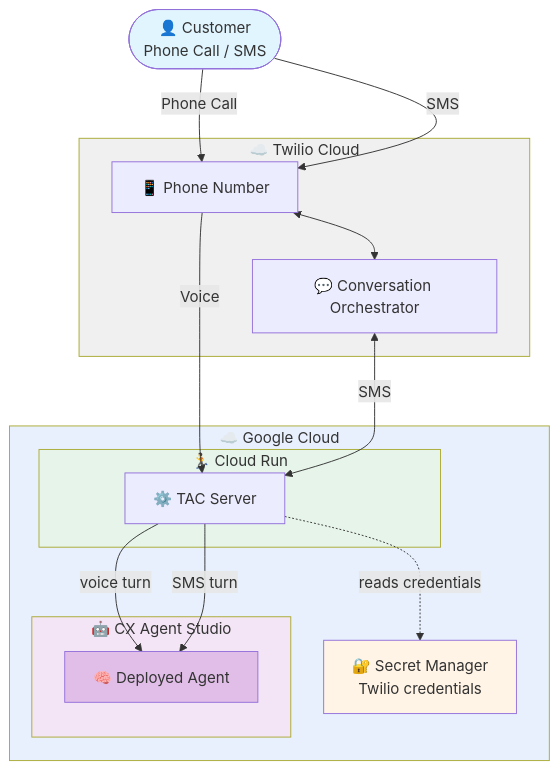
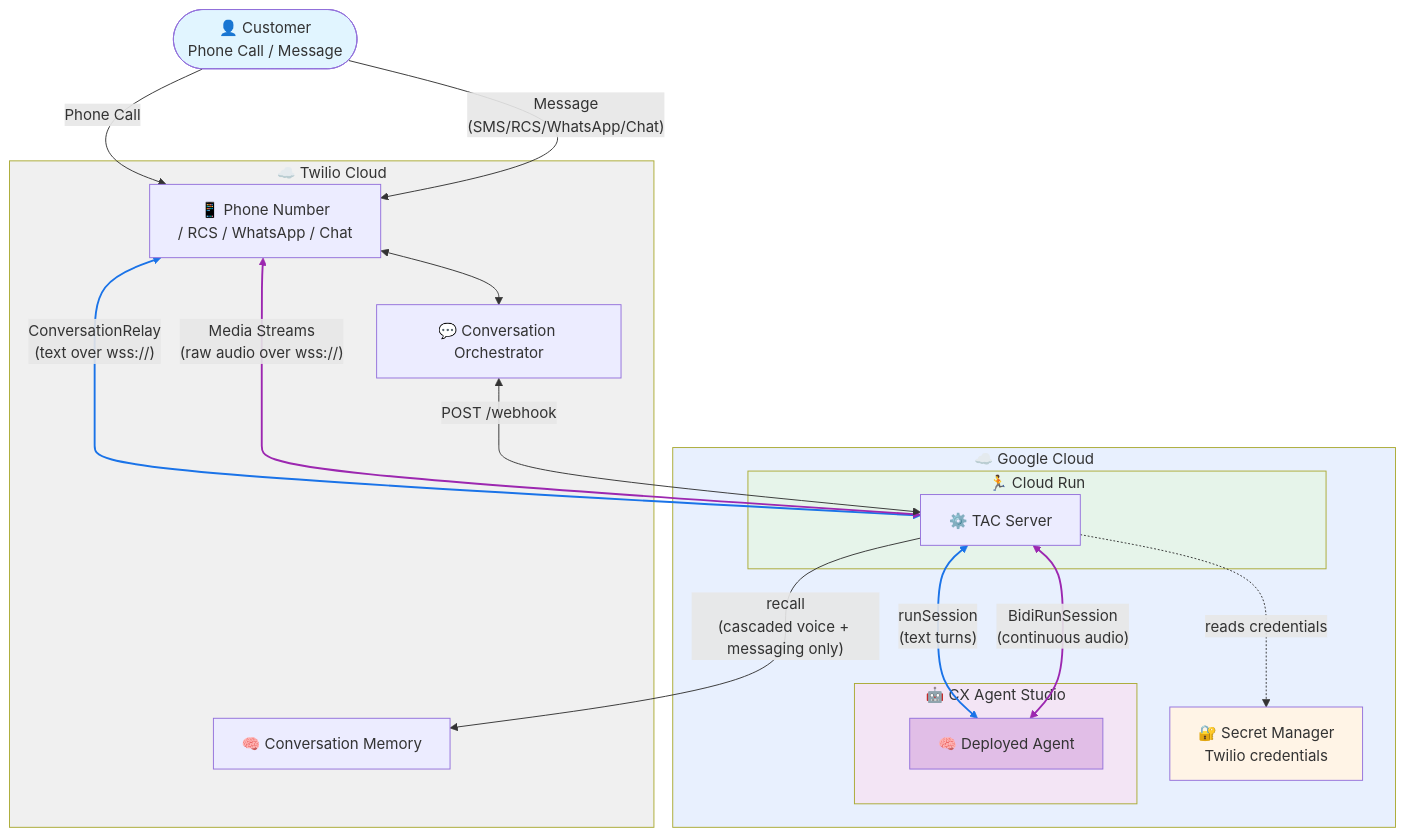
The diagram in deploy/cx_agent_studio/README.md (twilio/twilio-agent-connect-google), drawn with Mermaid before and after one commit. The commit also changed other lines of this file and 16 other files, not shown here.

First line of the commit message:
Expand CX Agent Studio deploy guide; register all messaging channels (#26)

````diff
--- a/deploy/cx_agent_studio/README.md
+++ b/deploy/cx_agent_studio/README.md
@@ -22,39 +35,51 @@
 ```mermaid
 graph TB
-    Customer([👤 Customer<br/>Phone Call / SMS])
+    Customer([👤 Customer<br/>Phone Call / Message])
 
     subgraph Twilio["☁️ Twilio Cloud"]
-        Phone[📱 Phone Number]
+        Phone[📱 Phone Number<br/>/ RCS / WhatsApp / Chat]
         Orchestrator[💬 Conversation Orchestrator]
+        Memory[🧠 Conversation Memory]
     end
 
     subgraph GCP["☁️ Google Cloud"]
         subgraph CloudRun["🏃 Cloud Run"]
             Server[⚙️ TAC Server]
         end
 
         subgraph CES["🤖 CX Agent Studio"]
             Agent[🧠 Deployed Agent]
         end
 
         Secret[🔐 Secret Manager<br/>Twilio credentials]
     end
 
     Customer -->|Phone Call| Phone
-    Customer -->|SMS| Phone
-    Phone -->|Voice| Server
+    Customer -->|"Message<br/>(SMS/RCS/WhatsApp/Chat)"| Phone
+
+    %% Voice, cascaded (default): Twilio does the STT/TTS, text on the wire
+    Phone <-->|"ConversationRelay<br/>(text over wss://)"| Server
+    Server <-->|"runSession<br/>(text turns)"| Agent
+
+    %% Voice, speech-to-speech: raw audio on the wire, CX Agent Studio does the STT/TTS
+    Phone <-->|"Media Streams<br/>(raw audio over wss://)"| Server
+    Server <-->|"BidiRunSession<br/>(continuous audio)"| Agent
+
+    %% Messaging, same in both approaches
     Phone <--> Orchestrator
-    Orchestrator <-->|SMS| Server
-    Server -->|voice turn| Agent
-    Server -->|SMS turn| Agent
+    Orchestrator <-->|"POST /webhook"| Server
+    Server -->|"recall<br/>(cascaded voice + messaging only)"| Memory
 
     Server -.->|reads credentials| Secret
+
+    linkStyle 2,3 stroke:#1a73e8,stroke-width:2px
+    linkStyle 4,5 stroke:#9c27b0,stroke-width:2px
 
     style Customer fill:#e1f5ff
     style Twilio fill:#f0f0f0
     style GCP fill:#e8f0fe
     style CloudRun fill:#e6f4ea
     style CES fill:#f3e5f5
     style Agent fill:#e1bee7
     style Secret fill:#fff4e6
 ```
````
